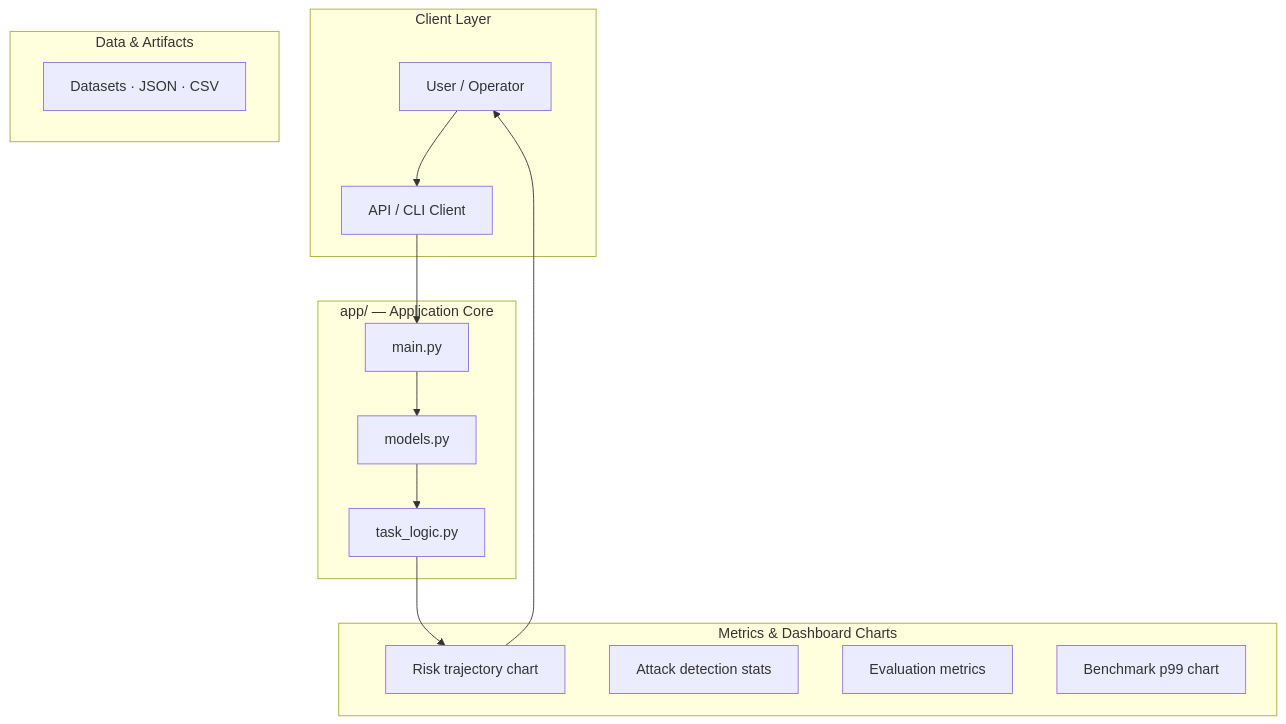
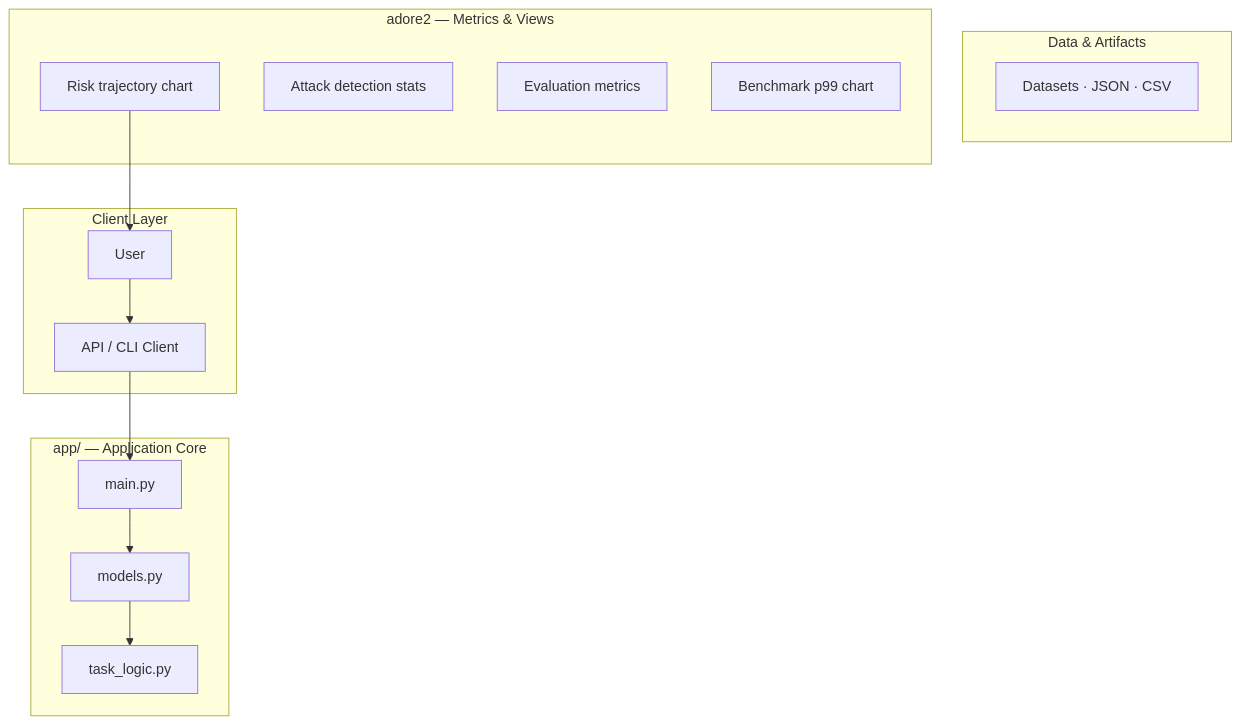
Before and after one commit to Punyamittal/adore2: the first of 4 diagrams in README.md, drawn with Mermaid. The commit also changed other lines of this file, not shown here.

````diff
--- a/README.md
+++ b/README.md
@@ -319,30 +135,29 @@
 ```mermaid
 graph TB
     subgraph Client["Client Layer"]
-        user["User / Operator"]
+        user["User"]
         api_client["API / CLI Client"]
     end
 
     subgraph Core["app/ — Application Core"]
         main["main.py"]
         models["models.py"]
         task_logic["task_logic.py"]
     end
 
     subgraph Data["Data & Artifacts"]
         datasets["Datasets · JSON · CSV"]
     end
 
-    subgraph Charts["Metrics & Dashboard Charts"]
+    subgraph Charts["adore2 — Metrics & Views"]
         risk_trajectory["Risk trajectory chart"]
         attack_stats["Attack detection stats"]
         eval_metrics["Evaluation metrics"]
         benchmark_p99["Benchmark p99 chart"]
     end
 
     user --> api_client
     api_client --> main
     main --> models --> task_logic
-    task_logic --> risk_trajectory
     risk_trajectory --> user
 ```
````
